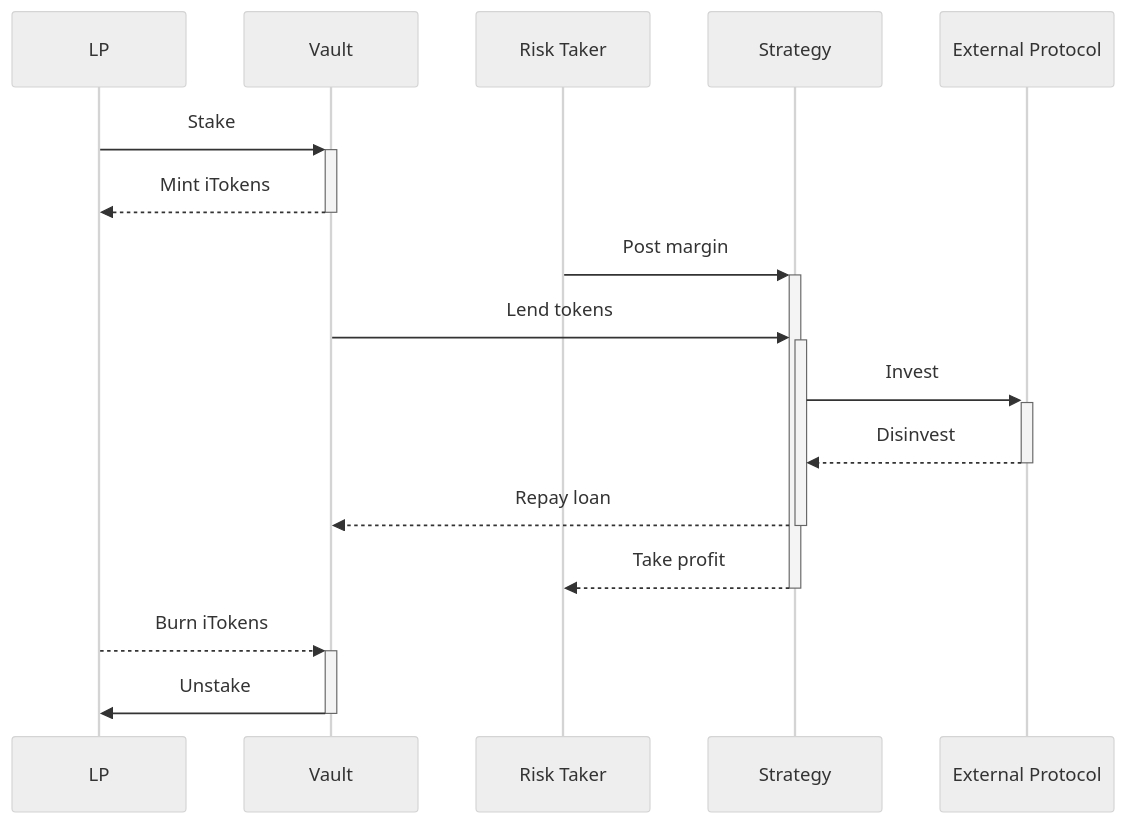
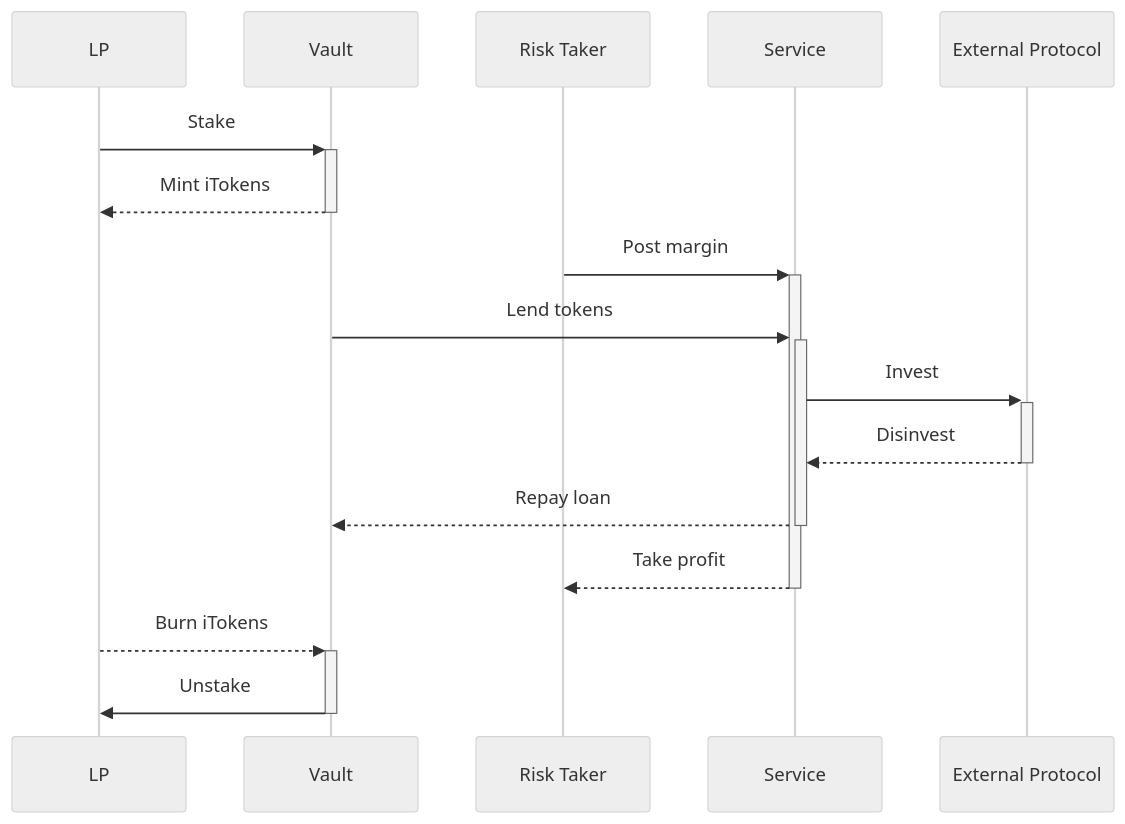
One commit to Ithil-protocol/docs changed the diagram in docs/protocol-overview/how-it-works.md. Above: the diagram before and after it, drawn with Mermaid (neutral theme). The commit also changed other lines of this file and 18 other files, not shown here.

````diff
--- a/docs/protocol-overview/how-it-works.md
+++ b/docs/protocol-overview/how-it-works.md
@@ -20,13 +20,13 @@
 ```mermaid
 sequenceDiagram
 LP->>+Vault: Stake
 Vault-->>-LP: Mint iTokens
-Risk Taker->>+Strategy: Post margin
-Vault->>+Strategy: Lend tokens
-Strategy->>+External Protocol: Invest
-External Protocol-->>-Strategy: Disinvest
-Strategy-->>-Vault: Repay loan
-Strategy-->>-Risk Taker: Take profit
+Risk Taker->>+Service: Post margin
+Vault->>+Service: Lend tokens
+Service->>+External Protocol: Invest
+External Protocol-->>-Service: Disinvest
+Service-->>-Vault: Repay loan
+Service-->>-Risk Taker: Take profit
 LP-->>+Vault: Burn iTokens
 Vault->>-LP: Unstake
 ```
````
